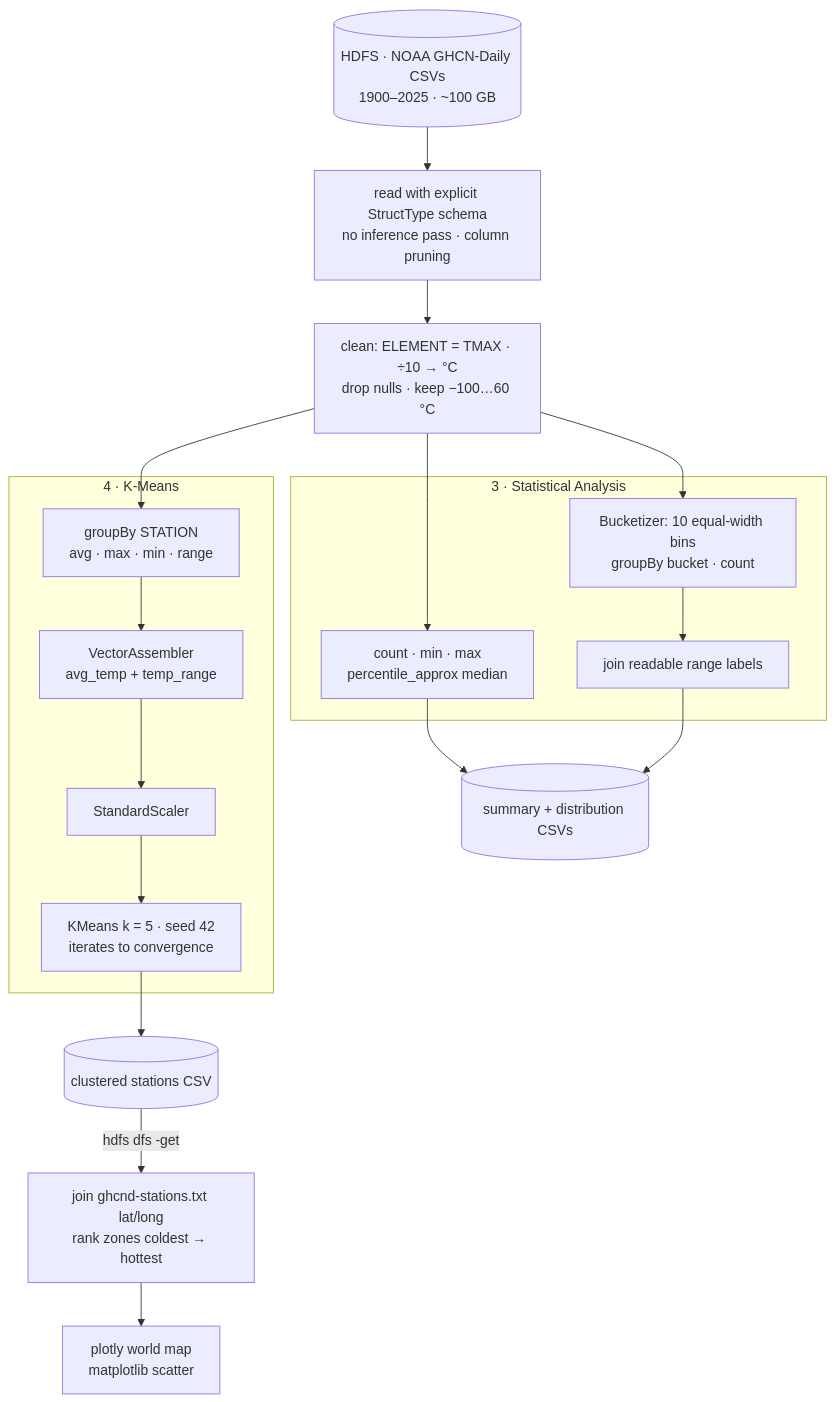
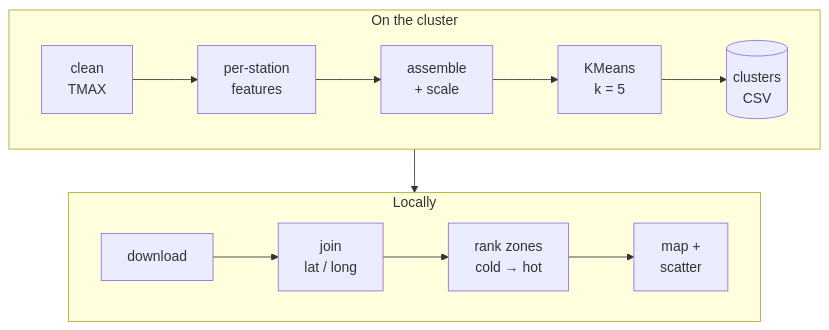
The eighth of 8 diagrams in README.md (Arbzzz04/spark-massive-scale-analytics), drawn with Mermaid before and after one commit. The commit also changed other lines of this file, not shown here.

First line of the commit message:
Split README diagrams into compact, wide segments

````diff
--- a/README.md
+++ b/README.md
@@ -203,29 +203,12 @@
 ```mermaid
-flowchart TD
-    N0[("HDFS · NOAA GHCN-Daily CSVs<br/>1900–2025 · ~100 GB")] --> N1["read with explicit StructType schema<br/>no inference pass · column pruning"]
-    N1 --> N2["clean: ELEMENT = TMAX · ÷10 → °C<br/>drop nulls · keep −100…60 °C"]
-
-    subgraph SA["3 · Statistical Analysis"]
-        S1["count · min · max<br/>percentile_approx median"]
-        S2["Bucketizer: 10 equal-width bins<br/>groupBy bucket · count"]
-        S3["join readable range labels"]
-        S2 --> S3
+flowchart TB
+    subgraph CLU["On the cluster"]
+        direction LR
+        K0["clean<br/>TMAX"] --> K1["per-station<br/>features"] --> K2["assemble<br/>+ scale"] --> K3["KMeans<br/>k = 5"] --> KO[("clusters<br/>CSV")]
     end
-
-    subgraph KM["4 · K-Means"]
-        K1["groupBy STATION<br/>avg · max · min · range"]
-        K2["VectorAssembler<br/>avg_temp + temp_range"]
-        K3["StandardScaler"]
-        K4["KMeans k = 5 · seed 42<br/>iterates to convergence"]
-        K1 --> K2 --> K3 --> K4
+    subgraph LOC["Locally"]
+        direction LR
+        V1["download"] --> V2["join<br/>lat / long"] --> V3["rank zones<br/>cold → hot"] --> V4["map +<br/>scatter"]
     end
-
-    N2 --> S1
-    N2 --> S2
-    N2 --> K1
-    S1 --> O1[("summary + distribution CSVs")]
-    S3 --> O1
-    K4 --> O2[("clustered stations CSV")]
-    O2 -- "hdfs dfs -get" --> V1["join ghcnd-stations.txt lat/long<br/>rank zones coldest → hottest"]
-    V1 --> V2["plotly world map<br/>matplotlib scatter"]
+    CLU --> LOC
 ```
````
